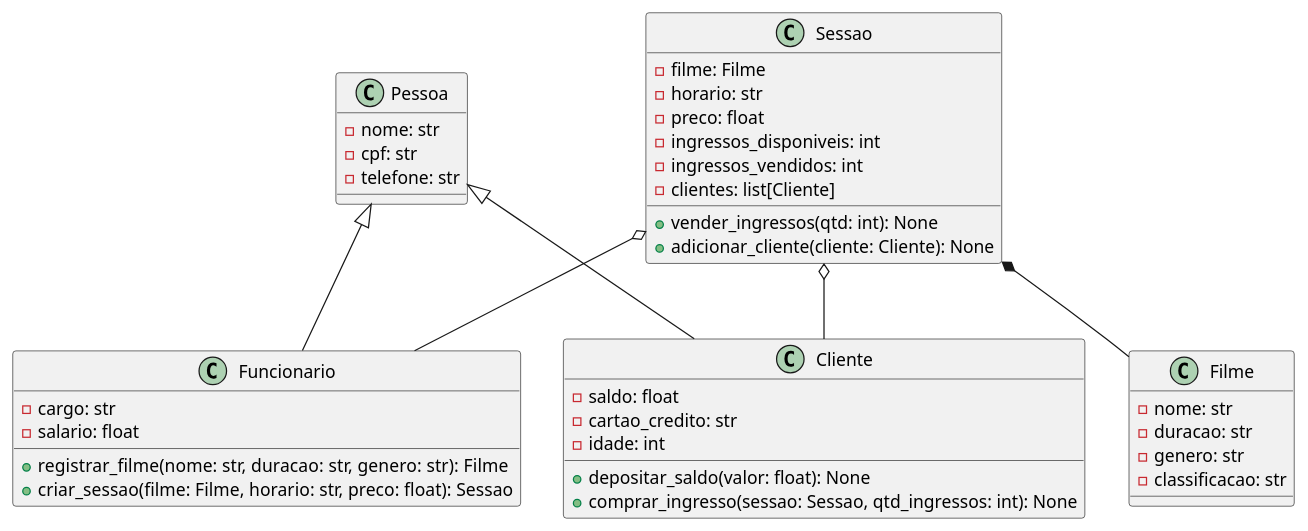
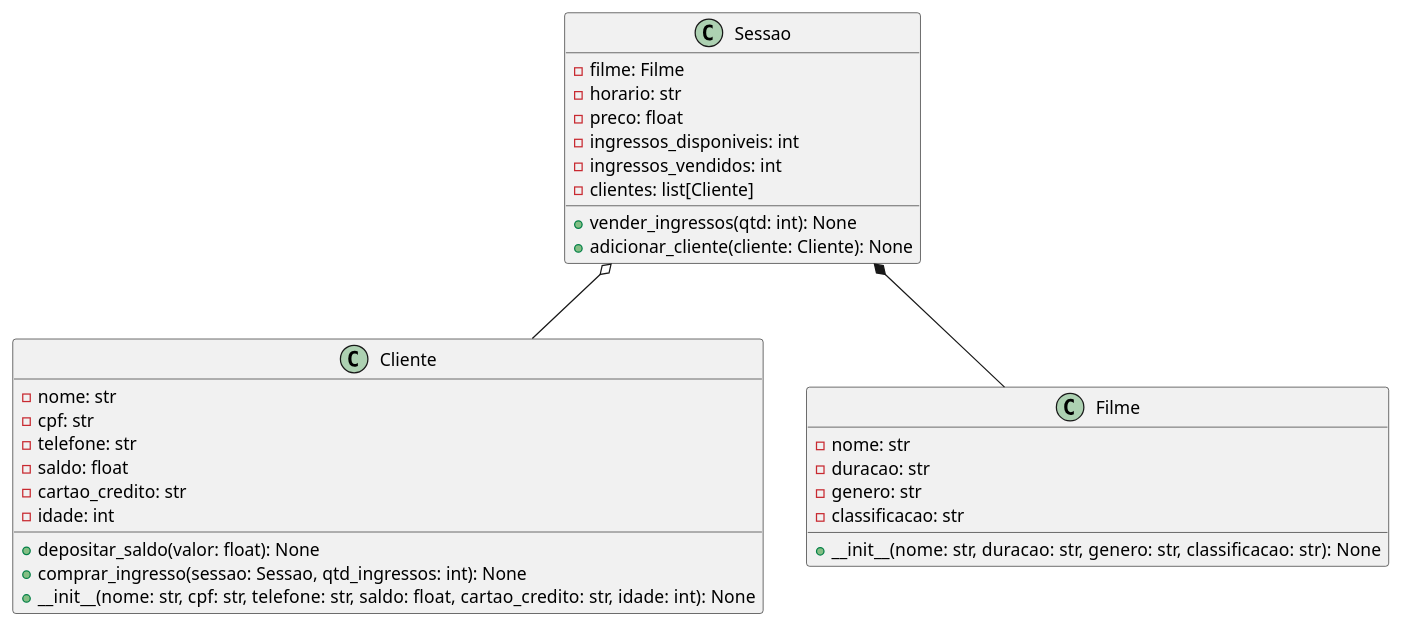
Before and after one commit to anleaes/2023-1-N1-POO-06: the diagram in teste.plantUML, drawn with PlantUML.

```diff
--- a/teste.plantUML
+++ b/teste.plantUML
@@ -1,48 +1,37 @@
 @startuml
-class Pessoa {
+
+class Cliente {
     -nome: str
     -cpf: str
     -telefone: str
-}
-
-class Cliente {
     -saldo: float
     -cartao_credito: str
     -idade: int
     +depositar_saldo(valor: float): None
     +comprar_ingresso(sessao: Sessao, qtd_ingressos: int): None
-}
-
-class Funcionario {
-    -cargo: str
-    -salario: float
-    +registrar_filme(nome: str, duracao: str, genero: str): Filme
-    +criar_sessao(filme: Filme, horario: str, preco: float): Sessao
+    +__init__(nome: str, cpf: str, telefone: str, saldo: float, cartao_credito: str, idade: int): None
 }
 
 class Filme {
     -nome: str
     -duracao: str
     -genero: str
     -classificacao: str
+    +__init__(nome: str, duracao: str, genero: str, classificacao: str): None
 }
 
 class Sessao {
     -filme: Filme
     -horario: str
     -preco: float
     -ingressos_disponiveis: int
     -ingressos_vendidos: int
     -clientes: list[Cliente]
     +vender_ingressos(qtd: int): None
     +adicionar_cliente(cliente: Cliente): None
 }
 
-Pessoa <|-- Cliente
-Pessoa <|-- Funcionario
-
 Sessao *-- Filme
 Sessao o-- Cliente
-Sessao o-- Funcionario
 
 @enduml
```
